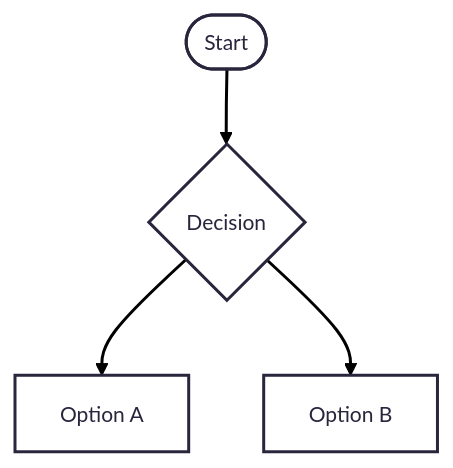
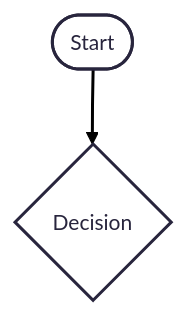
Before and after one commit to TejasK-heap/TestReo: the diagram in flowchart.mmd, drawn with Mermaid.

Commit message:
Mermaid updated this diagram

```diff
--- a/flowchart.mmd
+++ b/flowchart.mmd
@@ -1,9 +1,7 @@
 ---
 config:
       theme: redux
 ---
 flowchart TD
         A(["Start"])
         A --> B{"Decision"}
-        B --> C["Option A"]
-        B --> D["Option B"]
```
